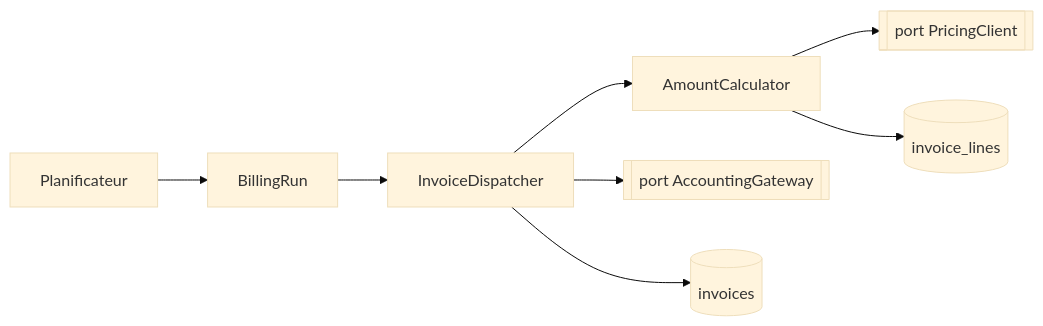
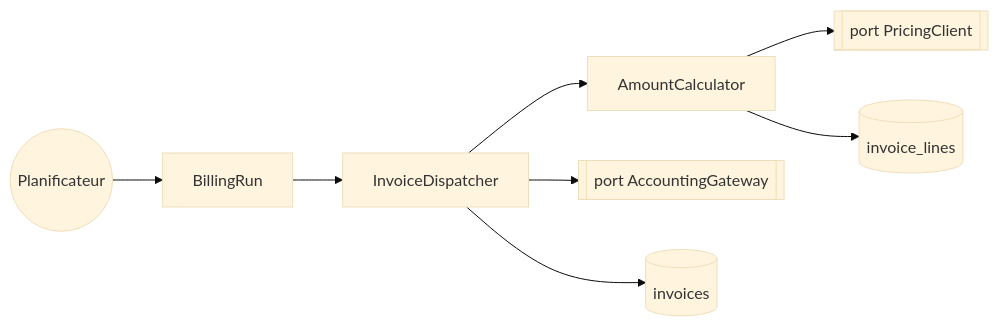
Before and after one commit to jmellano/dmad-method: the first of 3 diagrams in plugins/dmad/examples/atlas-billing/output/std/nightly-billing.md, drawn with Mermaid (base theme). The commit also changed other lines of this file and 24 other files, not shown here.

First line of the commit message:
feat(tools): A5 — le diagram-engine rend, compte et refuse

````diff
--- a/plugins/dmad/examples/atlas-billing/output/std/nightly-billing.md
+++ b/plugins/dmad/examples/atlas-billing/output/std/nightly-billing.md
@@ -48,10 +49,18 @@
 ```mermaid
 flowchart LR
-  SCH[Planificateur] --> RUN[BillingRun]
-  RUN --> DISP[InvoiceDispatcher]
-  DISP --> CALC[AmountCalculator]
-  DISP --> ACC[[port AccountingGateway]]
-  CALC --> PRI[[port PricingClient]]
-  DISP --> DB[(invoices)]
-  CALC --> DBL[(invoice_lines)]
+  SCH(("Planificateur"))
+  RUN["BillingRun"]
+  DISP["InvoiceDispatcher"]
+  CALC["AmountCalculator"]
+  ACC[["port AccountingGateway"]]
+  PRI[["port PricingClient"]]
+  DB[("invoices")]
+  DBL[("invoice_lines")]
+  SCH --> RUN
+  RUN --> DISP
+  DISP --> CALC
+  DISP --> ACC
+  CALC --> PRI
+  DISP --> DB
+  CALC --> DBL
 ```
````
